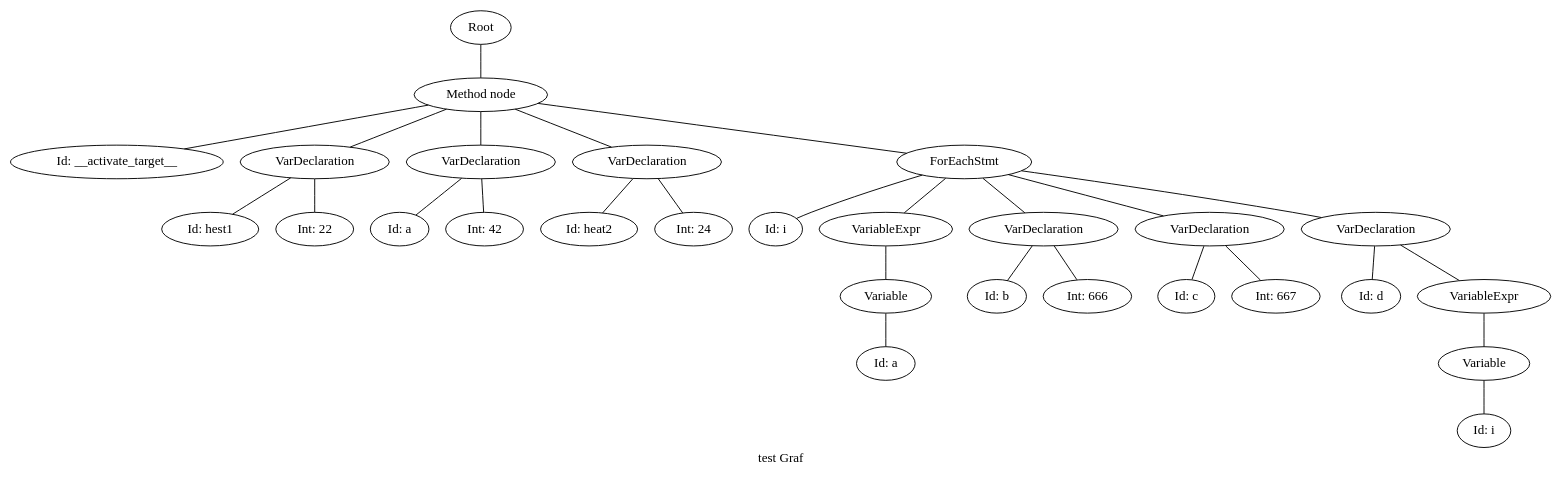
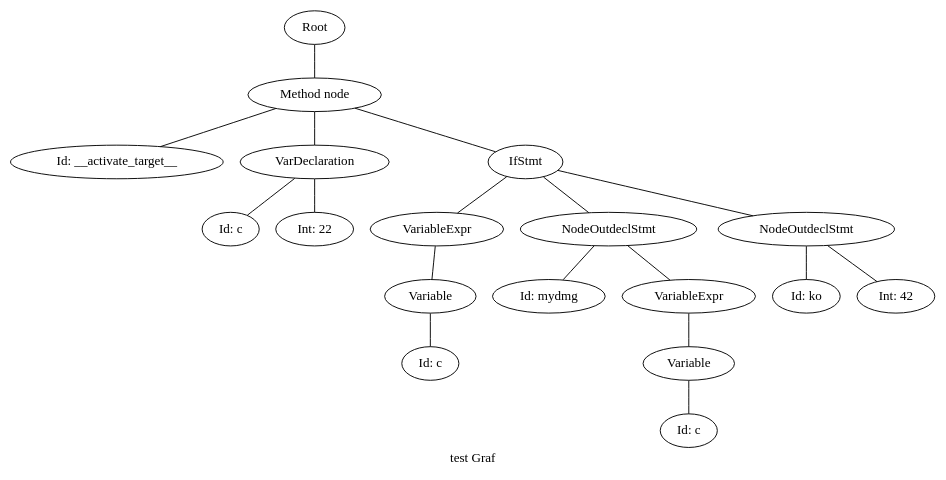
One commit to protective/Wreckage changed the diagram in Server/wkl/testPrograms/test_pow.dot. Above: the diagram before and after it, drawn with Graphviz. The commit also changed 14 other files, not shown here.

```diff
--- a/Server/wkl/testPrograms/test_pow.dot
+++ b/Server/wkl/testPrograms/test_pow.dot
@@ -1,62 +1,42 @@
 graph ""
 {
 #   node [fontsize=10,width=".2", height=".2", margin=0];
 #   graph[fontsize=8];
 label="test Graf"
 n0 ;
 n0 [label="Root"] ;
 n0 -- n1 ;
 n1 [label="Method node"] ;
 n1 -- n2 ;
 n2 [label="Id: __activate_target__"] ;
 n1 -- n3 ;
 n3 [label="VarDeclaration"] ;
 n1 -- n4 ;
-n4 [label="VarDeclaration"] ;
-n1 -- n5 ;
-n5 [label="VarDeclaration"] ;
-n1 -- n6 ;
-n6 [label="ForEachStmt"] ;
+n4 [label="IfStmt"] ;
+n4 -- n5 ;
+n5 [label="VariableExpr"] ;
+n5 -- n6 ;
+n6 [label="Variable"] ;
 n6 -- n7 ;
-n7 [label="Id: i"] ;
-n6 -- n8 ;
-n8 [label="VariableExpr"] ;
-n8 -- n9 ;
-n9 [label="Variable"] ;
+n7 [label="Id: c"] ;
+n4 -- n8 ;
+n8 [label="NodeOutdeclStmt"] ;
+n4 -- n9 ;
+n9 [label="NodeOutdeclStmt"] ;
 n9 -- n10 ;
-n10 [label="Id: a"] ;
-n6 -- n11 ;
-n11 [label="VarDeclaration"] ;
-n6 -- n12 ;
-n12 [label="VarDeclaration"] ;
-n6 -- n13 ;
-n13 [label="VarDeclaration"] ;
+n10 [label="Id: ko"] ;
+n9 -- n11 ;
+n11 [label="Int: 42"] ;
+n8 -- n12 ;
+n12 [label="Id: mydmg"] ;
+n8 -- n13 ;
+n13 [label="VariableExpr"] ;
 n13 -- n14 ;
-n14 [label="Id: d"] ;
-n13 -- n15 ;
-n15 [label="VariableExpr"] ;
-n15 -- n16 ;
-n16 [label="Variable"] ;
-n16 -- n17 ;
-n17 [label="Id: i"] ;
-n12 -- n18 ;
-n18 [label="Id: c"] ;
-n12 -- n19 ;
-n19 [label="Int: 667"] ;
-n11 -- n20 ;
-n20 [label="Id: b"] ;
-n11 -- n21 ;
-n21 [label="Int: 666"] ;
-n5 -- n22 ;
-n22 [label="Id: heat2"] ;
-n5 -- n23 ;
-n23 [label="Int: 24"] ;
-n4 -- n24 ;
-n24 [label="Id: a"] ;
-n4 -- n25 ;
-n25 [label="Int: 42"] ;
-n3 -- n26 ;
-n26 [label="Id: hest1"] ;
-n3 -- n27 ;
-n27 [label="Int: 22"] ;
+n14 [label="Variable"] ;
+n14 -- n15 ;
+n15 [label="Id: c"] ;
+n3 -- n16 ;
+n16 [label="Id: c"] ;
+n3 -- n17 ;
+n17 [label="Int: 22"] ;
 }
```
